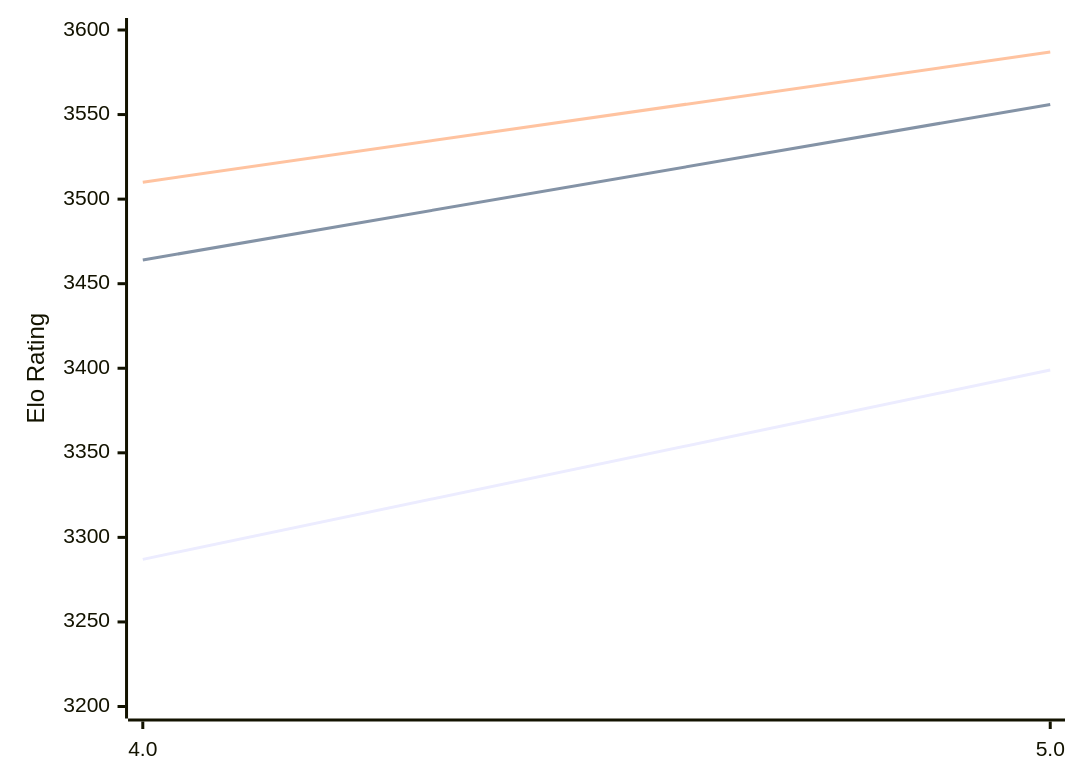
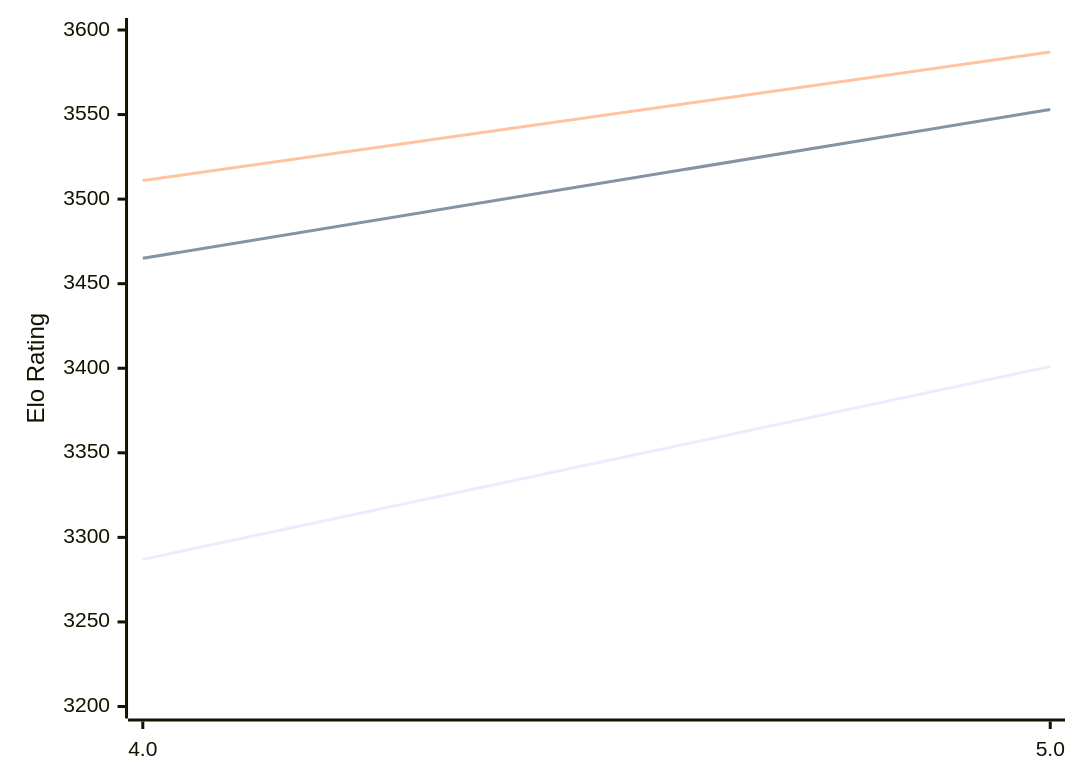
Before and after one commit to computer-chess-index/cci: the diagram in engines/Tarnished.md, drawn with Mermaid. The commit also changed other lines of this file, not shown here.

Commit message:
Update CCI Ratings (ELO VLTC) - 2026-02-12

````diff
--- a/engines/Tarnished.md
+++ b/engines/Tarnished.md
@@ -33,9 +33,9 @@
 ```mermaid
 %%{init: {"theme":"base","themeVariables":{"seriesColors:['#a3a3a3','#222221','#faa371']}}}%%
 xychart-beta
   x-axis ["4.0", "5.0"]
   y-axis "Elo Rating" 3200 --> 3600
-  line "STC (8.0+0.08s)" [3287, 3399]
-  line "LTC (60.0+0.60s)" [3464, 3556]
-  line "VLTC (2m24s+1.12s)" [3510, 3587]
+  line "STC (8.0+0.08s)" [3287, 3401]
+  line "LTC (60.0+0.60s)" [3465, 3553]
+  line "VLTC (2m24s+1.12s)" [3511, 3587]
 ```
````
